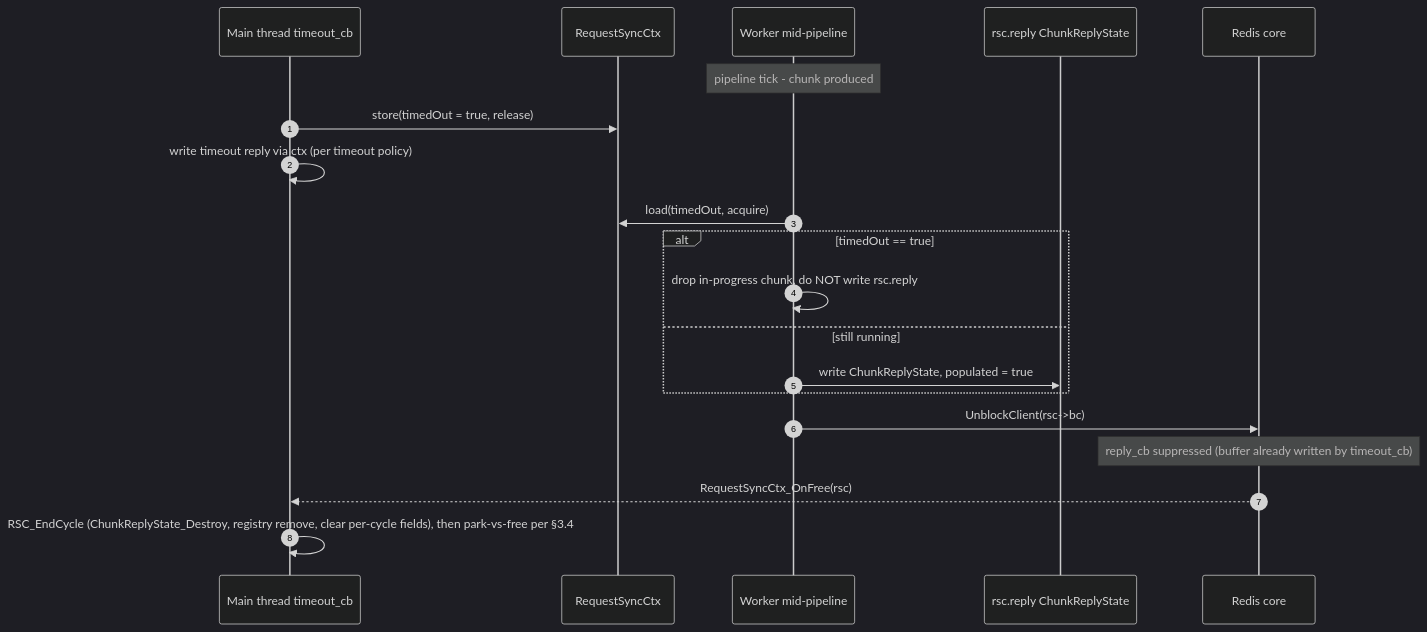
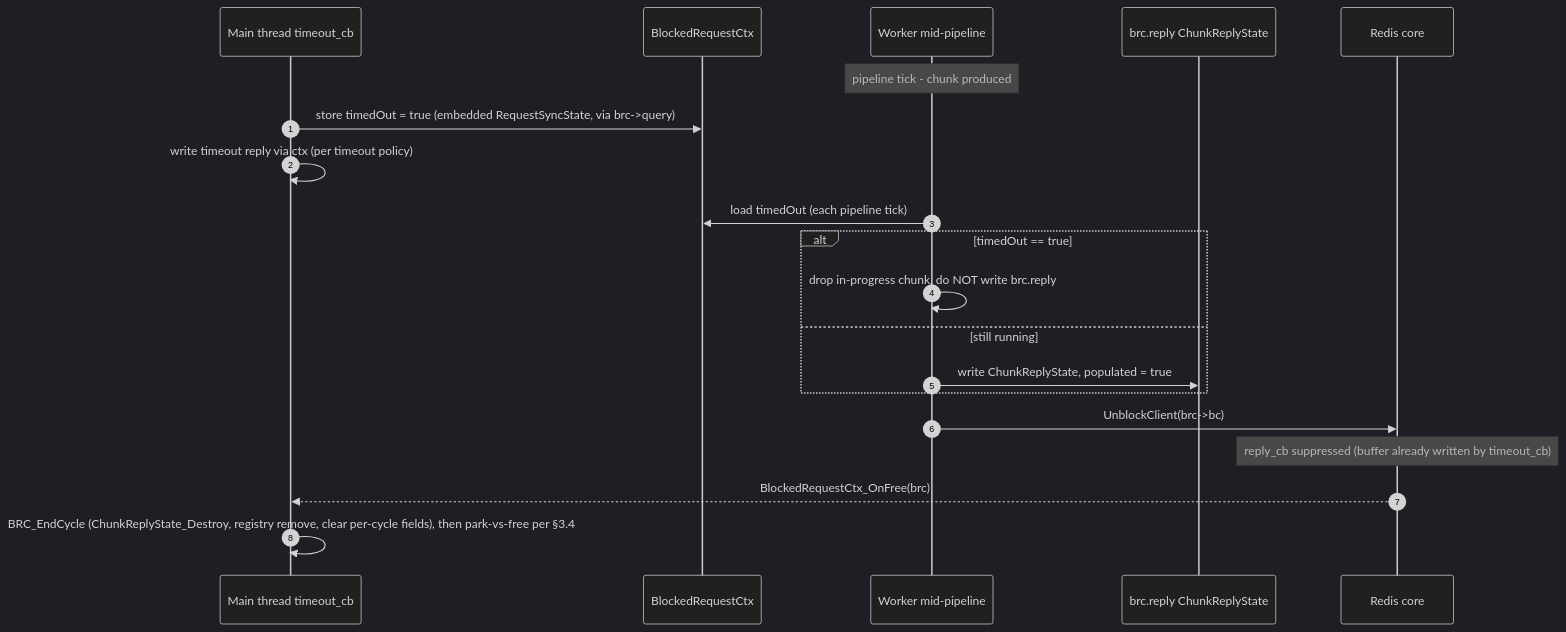
One commit to RediSearch/RediSearch changed the fifth of 5 diagrams in docs/design/blocked_client_refactor.md. Above: the diagram before and after it, drawn with Mermaid (dark theme). The commit also changed other lines of this file and 1 other file, not shown here.

First line of the commit message:
docs(design): refresh blocked-client refactor for completed RETURN_STRICT

````diff
--- a/docs/design/blocked_client_refactor.md
+++ b/docs/design/blocked_client_refactor.md
@@ -835,23 +1064,23 @@
 ```mermaid
 sequenceDiagram
   autonumber
   participant Main as Main thread timeout_cb
-  participant RSC as RequestSyncCtx
+  participant BRC as BlockedRequestCtx
   participant Worker as Worker mid-pipeline
-  participant Reply as rsc.reply ChunkReplyState
+  participant Reply as brc.reply ChunkReplyState
   participant Redis as Redis core
 
   Note over Worker: pipeline tick - chunk produced
-  Main->>RSC: store(timedOut = true, release)
+  Main->>BRC: store timedOut = true (embedded RequestSyncState, via brc->query)
   Main->>Main: write timeout reply via ctx (per timeout policy)
-  Worker->>RSC: load(timedOut, acquire)
+  Worker->>BRC: load timedOut (each pipeline tick)
   alt timedOut == true
-    Worker->>Worker: drop in-progress chunk, do NOT write rsc.reply
+    Worker->>Worker: drop in-progress chunk, do NOT write brc.reply
   else still running
     Worker->>Reply: write ChunkReplyState, populated = true
   end
-  Worker->>Redis: UnblockClient(rsc->bc)
+  Worker->>Redis: UnblockClient(brc->bc)
   Note over Redis: reply_cb suppressed (buffer already written by timeout_cb)
-  Redis-->>Main: RequestSyncCtx_OnFree(rsc)
-  Main->>Main: RSC_EndCycle (ChunkReplyState_Destroy, registry remove, clear per-cycle fields), then park-vs-free per §3.4
+  Redis-->>Main: BlockedRequestCtx_OnFree(brc)
+  Main->>Main: BRC_EndCycle (ChunkReplyState_Destroy, registry remove, clear per-cycle fields), then park-vs-free per §3.4
 ```
````
